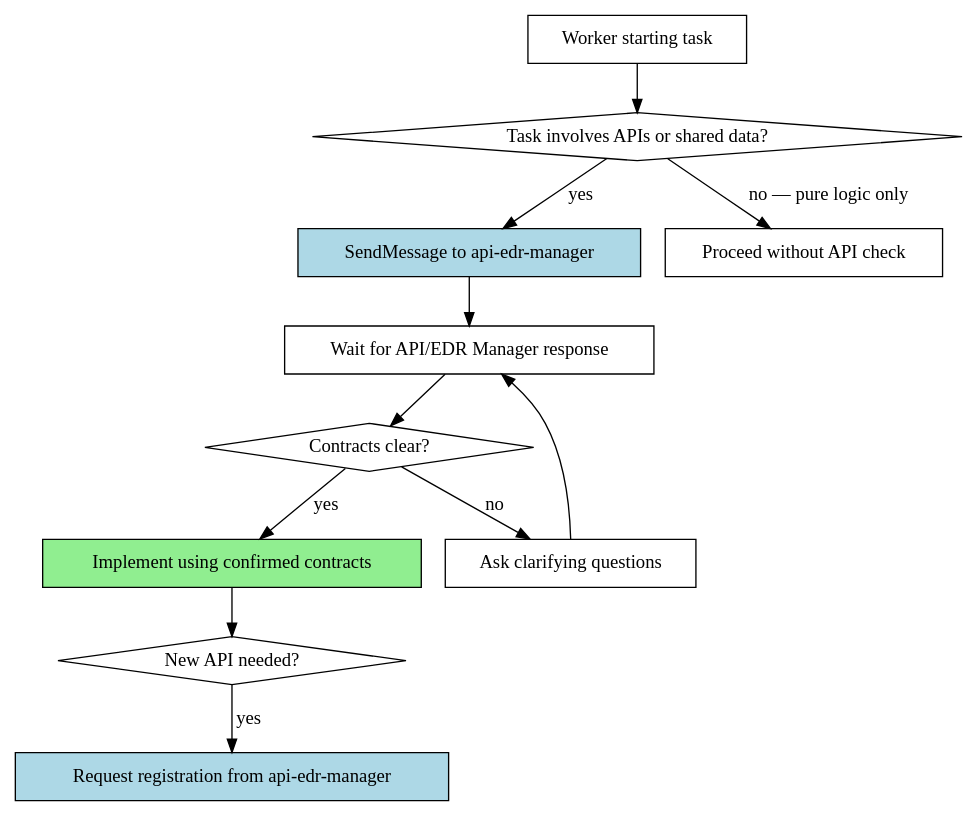
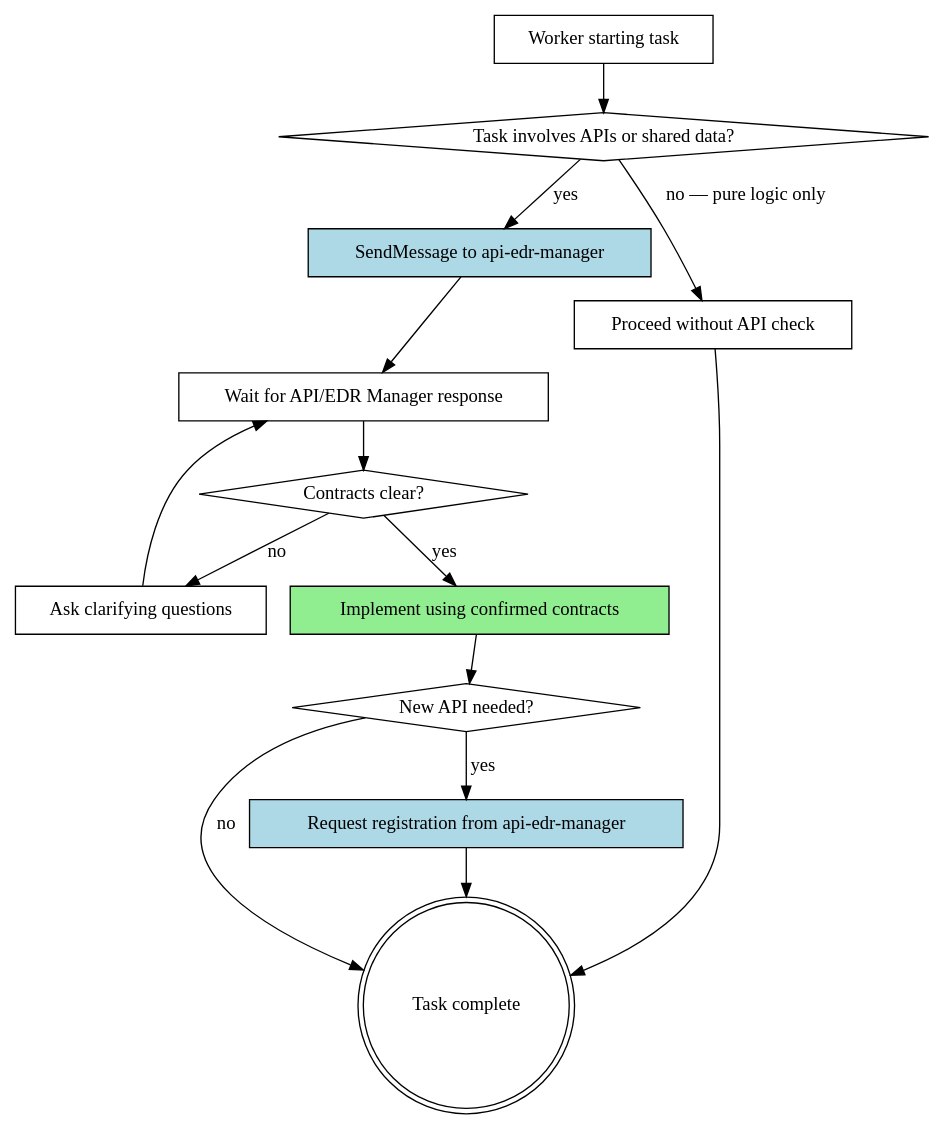
One commit to Sonbbal/superpowers changed the diagram in skills/api-edr-validation/SKILL.md. Above: the diagram before and after it, drawn with Graphviz. The commit also changed other lines of this file and 9 other files, not shown here.

````diff
--- a/skills/api-edr-validation/SKILL.md
+++ b/skills/api-edr-validation/SKILL.md
@@ -27,25 +27,29 @@
 ```dot
 digraph validation {
     "Worker starting task" [shape=box];
     "Task involves APIs or shared data?" [shape=diamond];
     "SendMessage to api-edr-manager" [shape=box style=filled fillcolor=lightblue];
     "Wait for API/EDR Manager response" [shape=box];
     "Contracts clear?" [shape=diamond];
     "Ask clarifying questions" [shape=box];
     "Implement using confirmed contracts" [shape=box style=filled fillcolor=lightgreen];
     "Proceed without API check" [shape=box];
     "New API needed?" [shape=diamond];
     "Request registration from api-edr-manager" [shape=box style=filled fillcolor=lightblue];
 
     "Worker starting task" -> "Task involves APIs or shared data?";
     "Task involves APIs or shared data?" -> "SendMessage to api-edr-manager" [label="yes"];
     "Task involves APIs or shared data?" -> "Proceed without API check" [label="no — pure logic only"];
     "SendMessage to api-edr-manager" -> "Wait for API/EDR Manager response";
     "Wait for API/EDR Manager response" -> "Contracts clear?";
     "Contracts clear?" -> "Implement using confirmed contracts" [label="yes"];
     "Contracts clear?" -> "Ask clarifying questions" [label="no"];
     "Ask clarifying questions" -> "Wait for API/EDR Manager response";
     "Implement using confirmed contracts" -> "New API needed?";
     "New API needed?" -> "Request registration from api-edr-manager" [label="yes"];
+    "New API needed?" -> "Task complete" [label="no"];
+    "Proceed without API check" -> "Task complete";
+    "Request registration from api-edr-manager" -> "Task complete";
+    "Task complete" [shape=doublecircle];
 }
 ```
````
